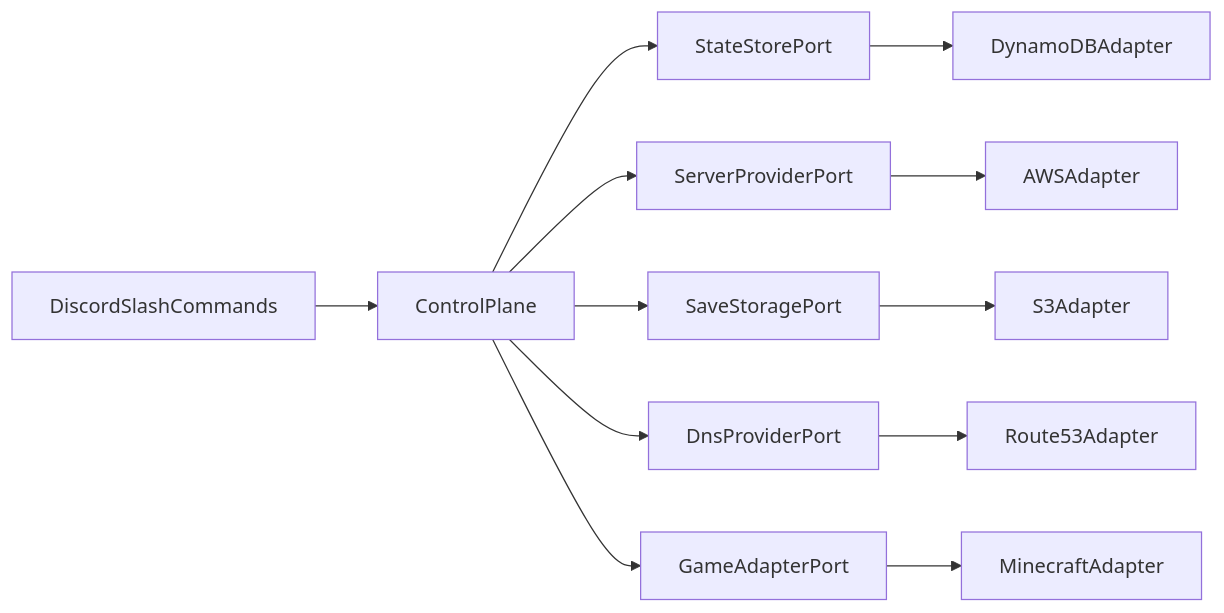
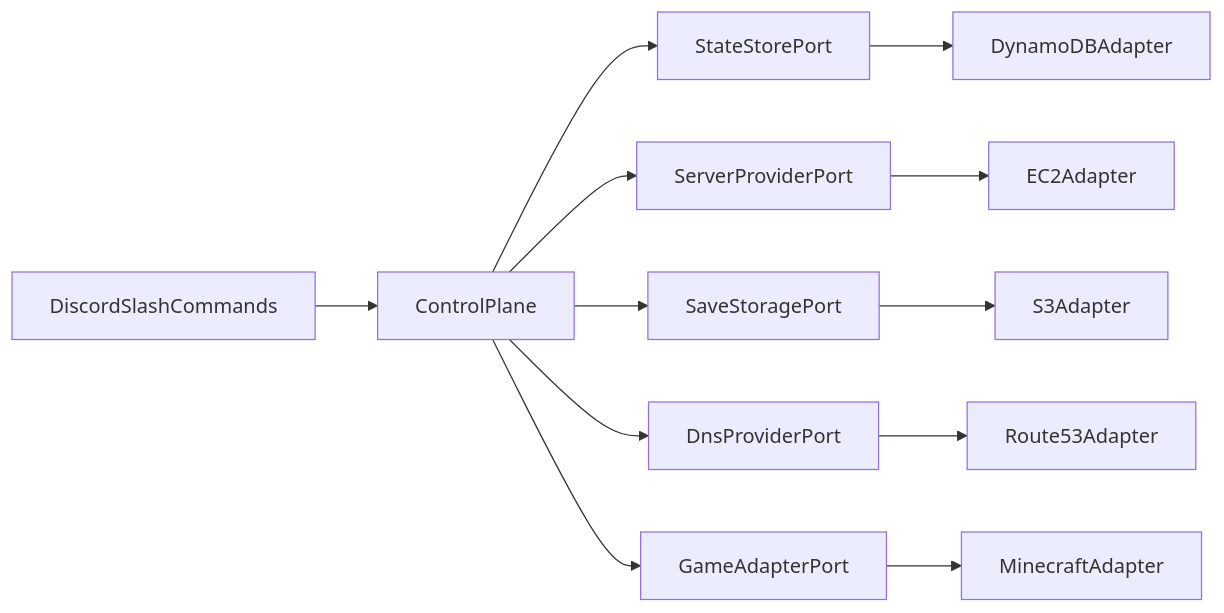
The first of 2 diagrams in docs/architecture.md (AloneInAbyss/lghs), drawn with Mermaid before and after one commit. The commit also changed other lines of this file and 3 other files, not shown here.

````diff
--- a/docs/architecture.md
+++ b/docs/architecture.md
@@ -11,14 +11,14 @@
 ```mermaid
 flowchart LR
   Discord[DiscordSlashCommands] --> CP[ControlPlane]
   CP --> State[StateStorePort]
   CP --> Provider[ServerProviderPort]
   CP --> Saves[SaveStoragePort]
   CP --> Dns[DnsProviderPort]
   CP --> Games[GameAdapterPort]
   State --> DDB[DynamoDBAdapter]
-  Provider --> AWS[AWSAdapter]
+  Provider --> EC2[EC2Adapter]
   Saves --> S3[S3Adapter]
   Dns --> R53[Route53Adapter]
   Games --> MC[MinecraftAdapter]
 ```
````
